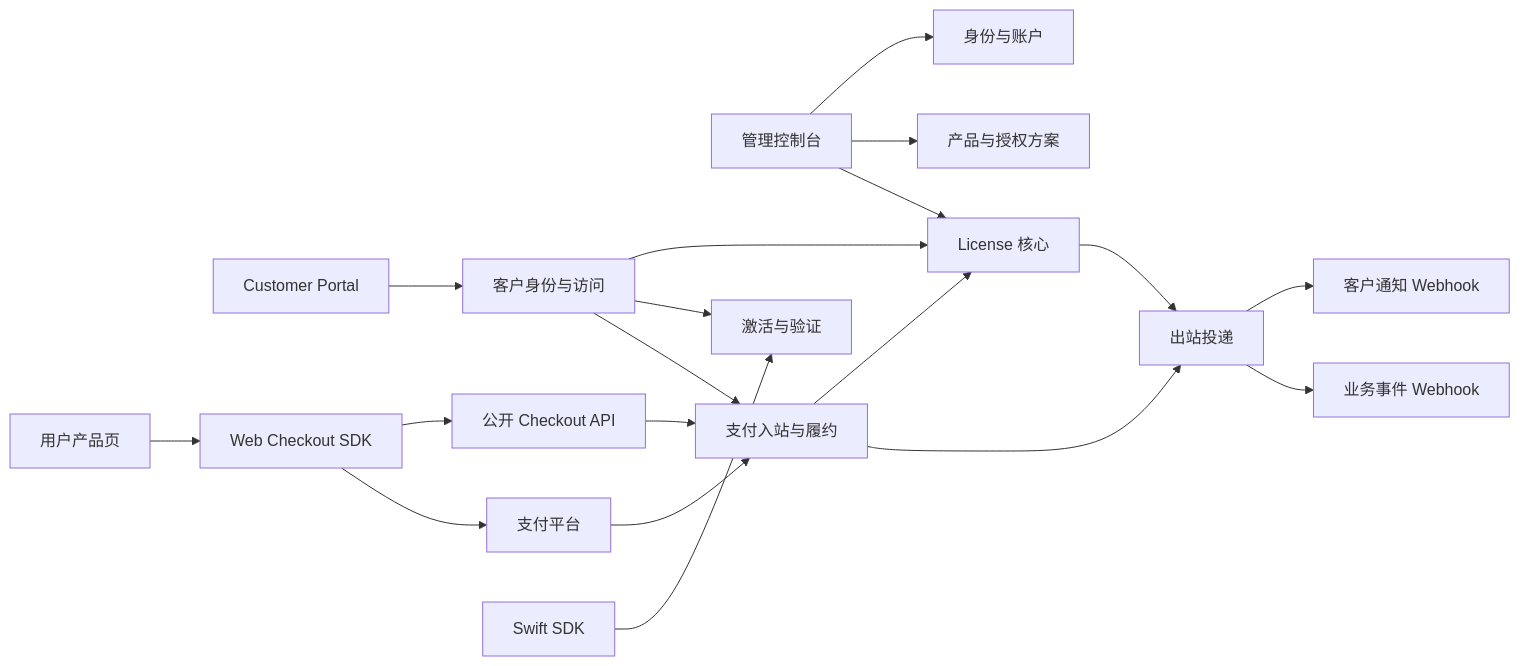
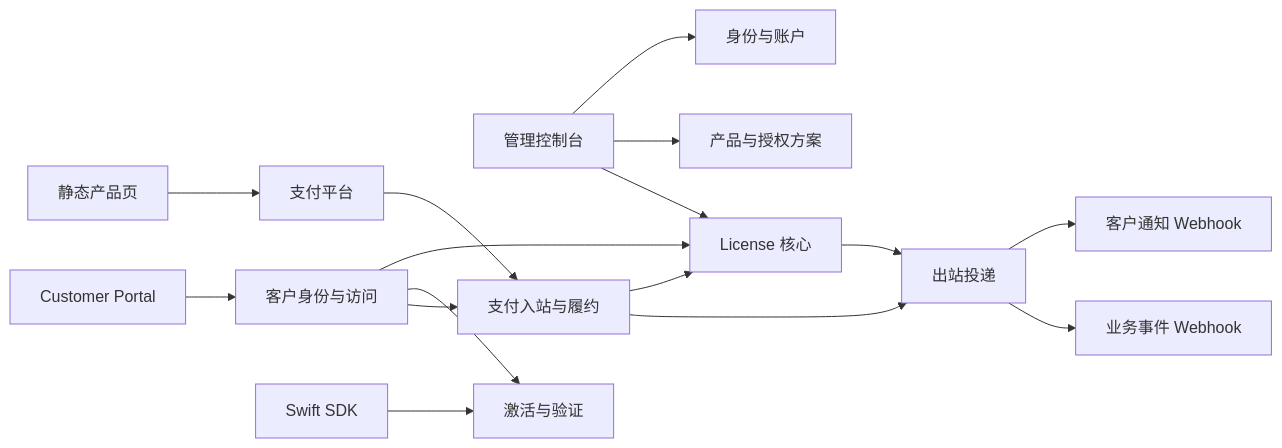
One commit to LicenKit/licenkit changed the diagram in docs/zh-CN/03-system-architecture.md. Above: the diagram before and after it, drawn with Mermaid. The commit also changed other lines of this file and 110 other files, not shown here.

Commit message:
Replace checkout-sdk and site template with standalone examples directory, update server routes and schema

````diff
--- a/docs/zh-CN/03-system-architecture.md
+++ b/docs/zh-CN/03-system-architecture.md
@@ -9,21 +9,18 @@
 ```mermaid
 flowchart LR
     Admin[管理控制台] --> Identity[身份与账户]
     Admin --> Catalog[产品与授权方案]
     Admin --> LicenseCore[License 核心]
     Customer[Customer Portal] --> CustomerAccess[客户身份与访问]
     CustomerAccess --> LicenseCore
     CustomerAccess --> Activation[激活与验证]
     Payment[支付平台] --> Billing[支付入站与履约]
     CustomerAccess --> Billing
-    ProductPage[用户产品页] --> WebCheckout[Web Checkout SDK]
-    WebCheckout --> PublicCheckout[公开 Checkout API]
-    PublicCheckout --> Billing
-    WebCheckout --> Payment
+    ProductPage[静态产品页] --> Payment
     Billing --> LicenseCore
     SDK[Swift SDK] --> Activation
     Billing --> Outbound[出站投递]
     LicenseCore --> Outbound
     Outbound --> Notify[客户通知 Webhook]
     Outbound --> Events[业务事件 Webhook]
 ```
````
